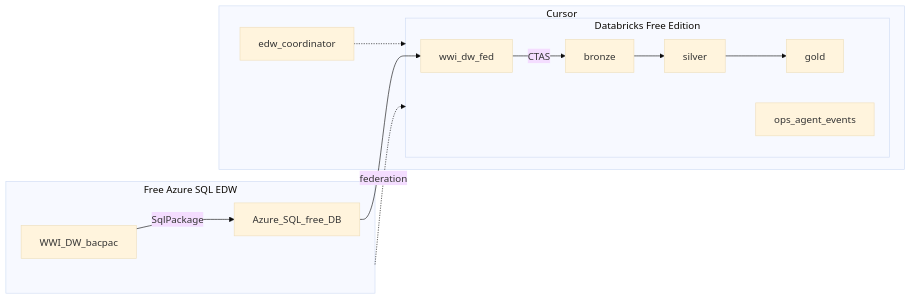
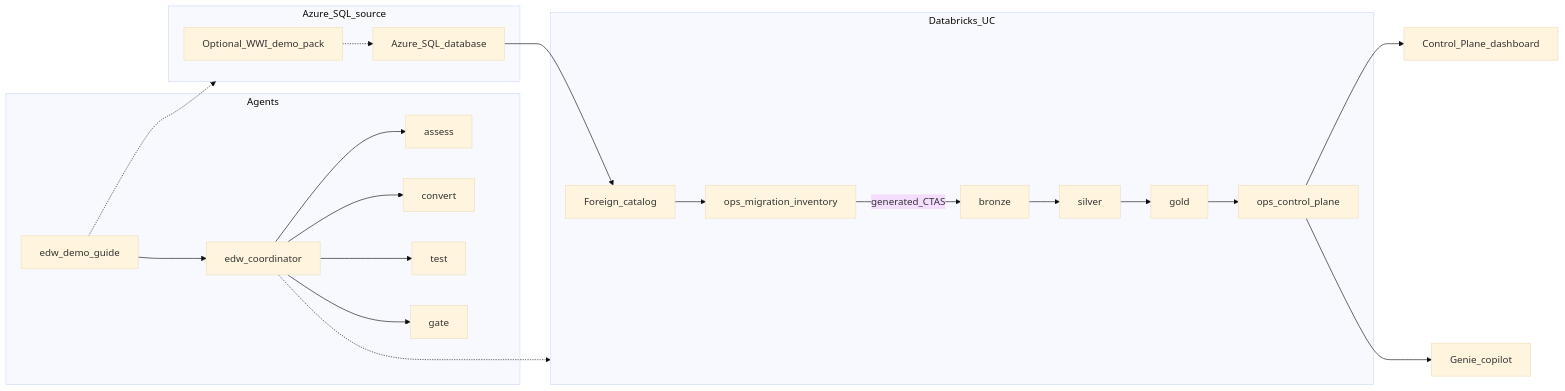
One commit to Jericho2010/edwmigration changed the diagram in docs/img/architecture.mmd. Above: the diagram before and after it, drawn with Mermaid (base theme). The commit also changed 100 other files, not shown here.

First line of the commit message:
Refactor into discovery-driven Azure SQL→UC engine with guided demo.

```diff
--- a/docs/img/architecture.mmd
+++ b/docs/img/architecture.mmd
@@ -1,22 +1,33 @@
 flowchart LR
-  subgraph azure [Free Azure SQL EDW]
-    Bacpac[WWI_DW_bacpac]
-    FreeDB[Azure_SQL_free_DB]
-    Bacpac -->|SqlPackage| FreeDB
+  subgraph azure [Azure_SQL_source]
+    DemoPack[Optional_WWI_demo_pack]
+    FreeDB[Azure_SQL_database]
+    DemoPack -.-> FreeDB
   end
-  subgraph dbx [Databricks Free Edition]
-    Fed[wwi_dw_fed]
+  subgraph dbx [Databricks_UC]
+    Fed[Foreign_catalog]
+    Inv[ops_migration_inventory]
     Bronze[bronze]
     Silver[silver]
     Gold[gold]
-    Ops[ops_agent_events]
+    Ops[ops_control_plane]
     FreeDB --> Fed
-    Fed -->|CTAS| Bronze
+    Fed --> Inv
+    Inv -->|generated_CTAS| Bronze
     Bronze --> Silver
     Silver --> Gold
+    Gold --> Ops
   end
-  subgraph cursor [Cursor]
+  subgraph agents [Agents]
+    Guide[edw_demo_guide]
     Coord[edw_coordinator]
-    Coord -.-> dbx
+    Guide --> Coord
+    Coord --> Assess[assess]
+    Coord --> Convert[convert]
+    Coord --> Test[test]
+    Coord --> Gate[gate]
   end
-  azure -.federation.-> dbx
+  Guide -.-> azure
+  Coord -.-> dbx
+  Ops --> Dash[Control_Plane_dashboard]
+  Ops --> Genie[Genie_copilot]
```
